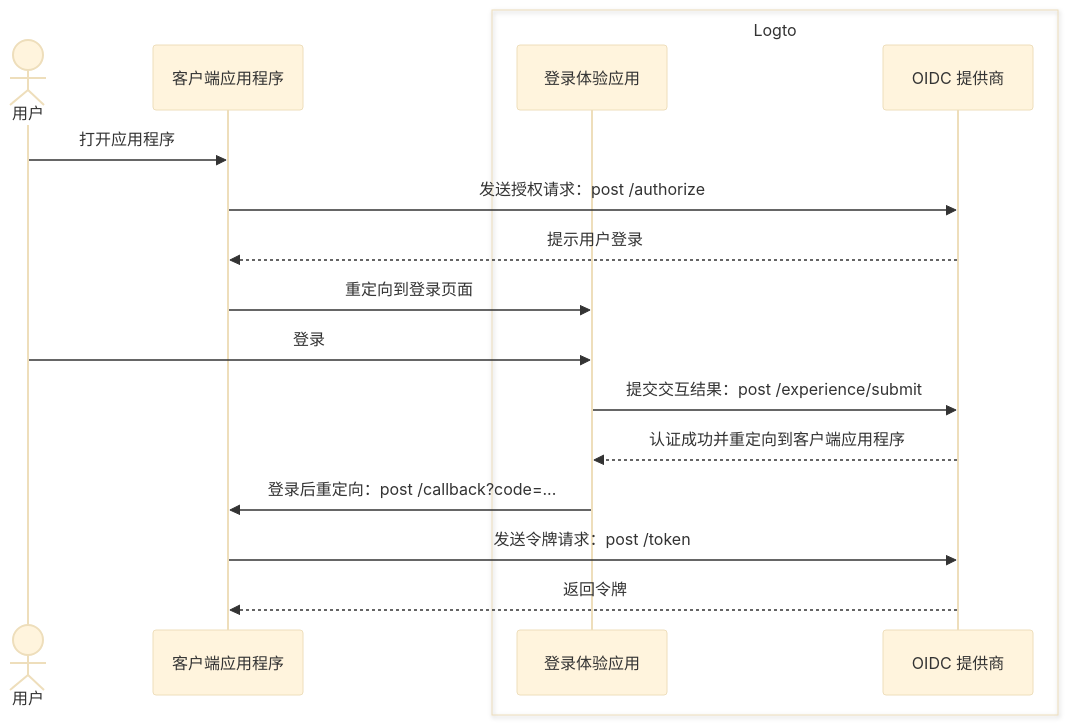
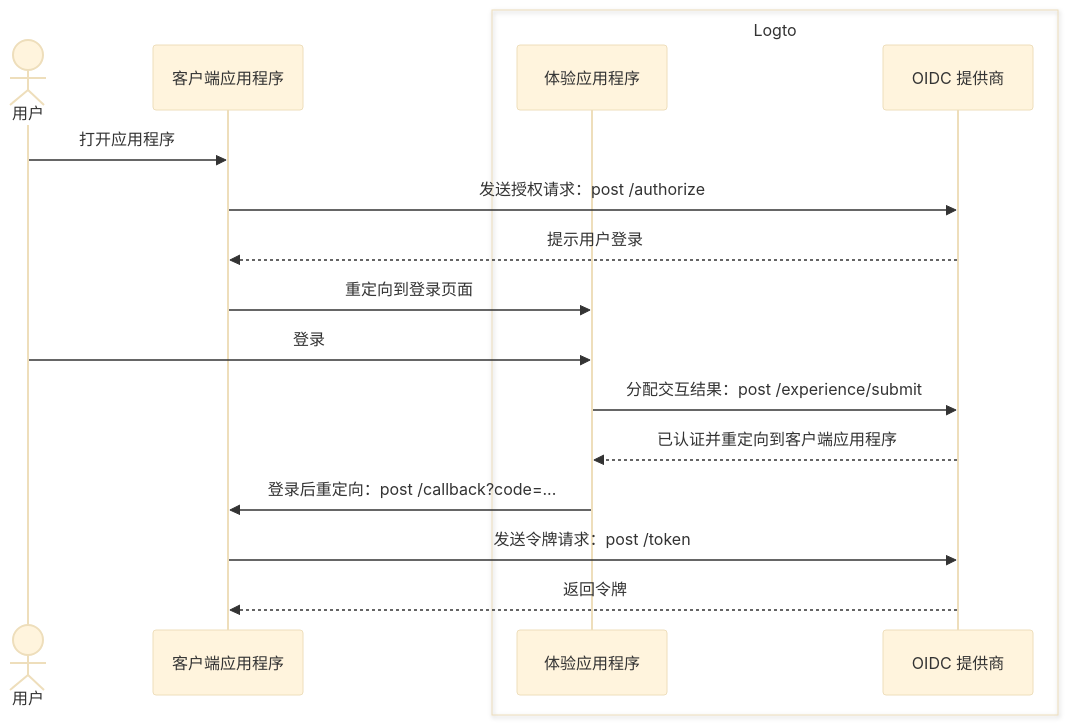
The first of 2 diagrams in i18n/zh-CN/docusaurus-plugin-content-docs/current/end-user-flows/sign-up-and-sign-in/README.mdx (logto-io/docs), drawn with Mermaid (base theme) before and after one commit. The commit also changed other lines of this file and 407 other files, not shown here.

````diff
--- a/i18n/zh-CN/docusaurus-plugin-content-docs/current/end-user-flows/sign-up-and-sign-in/README.mdx
+++ b/i18n/zh-CN/docusaurus-plugin-content-docs/current/end-user-flows/sign-up-and-sign-in/README.mdx
@@ -15,21 +15,21 @@
 ```mermaid
 sequenceDiagram
   actor user as 用户
   participant client as 客户端应用程序
 
   box Logto
-    participant experience as 登录体验应用
+    participant experience as 体验应用程序
     participant oidc as OIDC 提供商
   end
 
   user ->> client: 打开应用程序
   client ->> oidc: 发送授权请求：post /authorize
   oidc -->> client: 提示用户登录
   client ->> experience: 重定向到登录页面
   user ->> experience: 登录
-  experience ->> oidc: 提交交互结果：post /experience/submit
-  oidc -->> experience: 认证成功并重定向到客户端应用程序
+  experience ->> oidc: 分配交互结果：post /experience/submit
+  oidc -->> experience: 已认证并重定向到客户端应用程序
   experience ->> client: 登录后重定向：post /callback?code=...
   client ->> oidc: 发送令牌请求：post /token
   oidc -->> client: 返回令牌
 ```
````
